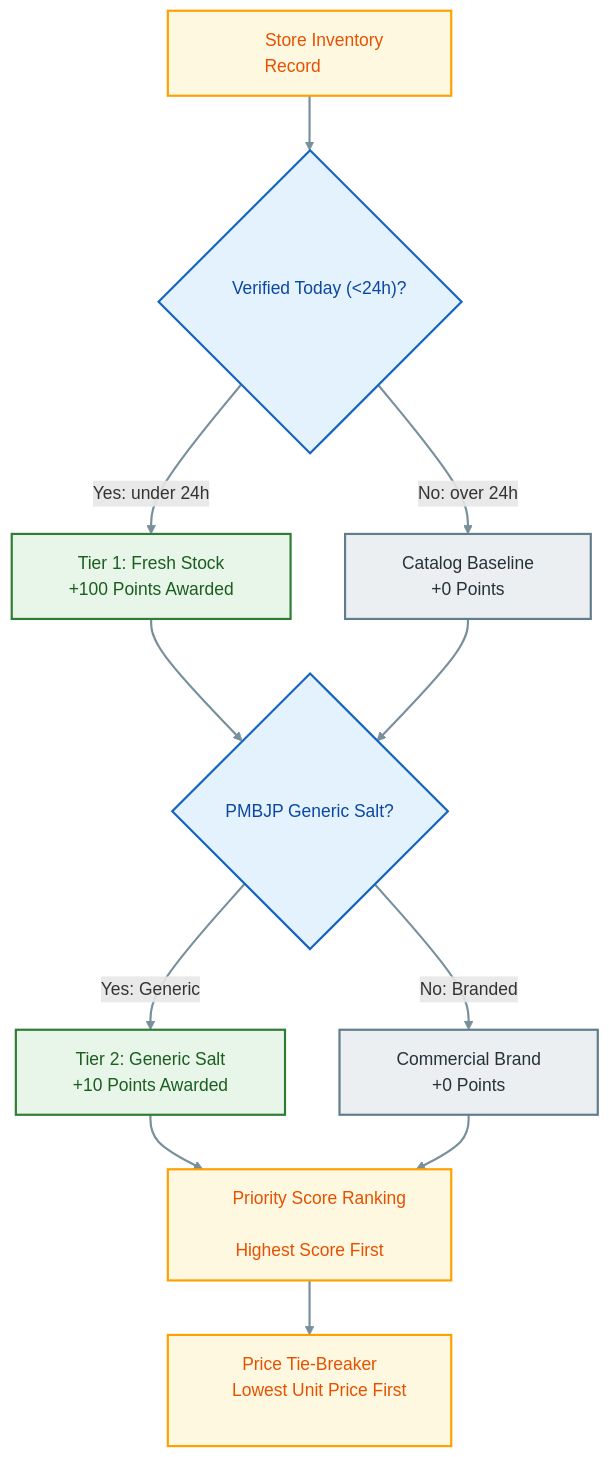
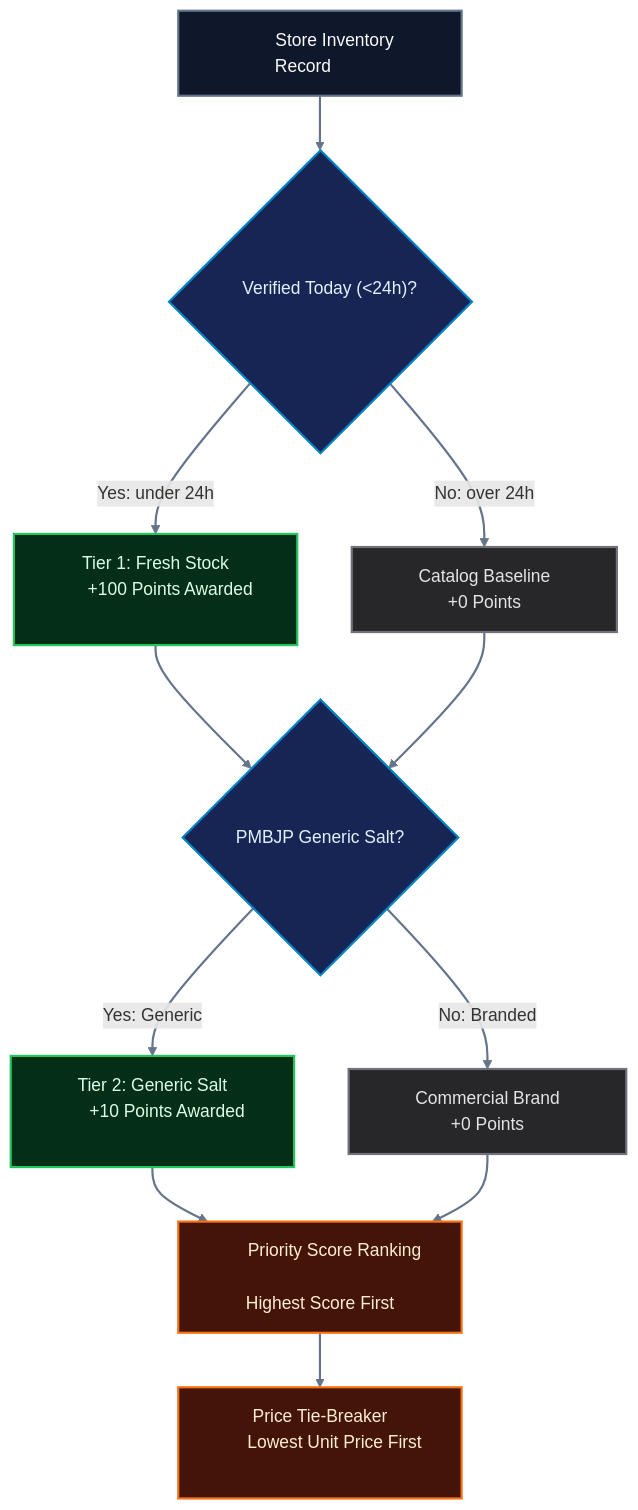
Before and after one commit to Parth-Chavan-15/MedSetu-TechSprint: the fourth of 6 diagrams in README.md, drawn with Mermaid. The commit also changed other lines of this file, not shown here.

Commit message:
style: introduce vibrant modern palettes across all flowcharts and maximize node padding

````diff
--- a/README.md
+++ b/README.md
@@ -239,27 +239,29 @@
 ```mermaid
 flowchart TD
     START["&nbsp;&nbsp;&nbsp;&nbsp;&nbsp;&nbsp; Store Inventory Record &nbsp;&nbsp;&nbsp;&nbsp;&nbsp;&nbsp;"] --> TIER1{"&nbsp;&nbsp;&nbsp;&nbsp; Verified Today (<24h)? &nbsp;&nbsp;&nbsp;&nbsp;"}
-    TIER1 -- Yes: under 24h --> S1["&nbsp;&nbsp;&nbsp;&nbsp; Tier 1: Fresh Stock &nbsp;&nbsp;&nbsp;&nbsp;<br/>&nbsp;&nbsp;&nbsp;&nbsp; +100 Points Awarded &nbsp;&nbsp;&nbsp;&nbsp;"]
-    TIER1 -- No: over 24h --> S0["&nbsp;&nbsp;&nbsp;&nbsp; Catalog Baseline &nbsp;&nbsp;&nbsp;&nbsp;<br/>&nbsp;&nbsp;&nbsp;&nbsp; +0 Points &nbsp;&nbsp;&nbsp;&nbsp;"]
+    TIER1 -- Yes: under 24h --> S1["&nbsp;&nbsp;&nbsp;&nbsp;&nbsp;&nbsp; Tier 1: Fresh Stock &nbsp;&nbsp;&nbsp;&nbsp;&nbsp;&nbsp;<br/>&nbsp;&nbsp;&nbsp;&nbsp;&nbsp;&nbsp; +100 Points Awarded &nbsp;&nbsp;&nbsp;&nbsp;&nbsp;&nbsp;"]
+    TIER1 -- No: over 24h --> S0["&nbsp;&nbsp;&nbsp;&nbsp;&nbsp;&nbsp; Catalog Baseline &nbsp;&nbsp;&nbsp;&nbsp;&nbsp;&nbsp;<br/>&nbsp;&nbsp;&nbsp;&nbsp;&nbsp;&nbsp; +0 Points &nbsp;&nbsp;&nbsp;&nbsp;&nbsp;&nbsp;"]
 
     S1 --> TIER2{"&nbsp;&nbsp;&nbsp;&nbsp; PMBJP Generic Salt? &nbsp;&nbsp;&nbsp;&nbsp;"}
     S0 --> TIER2
-    TIER2 -- Yes: Generic --> G1["&nbsp;&nbsp;&nbsp;&nbsp; Tier 2: Generic Salt &nbsp;&nbsp;&nbsp;&nbsp;<br/>&nbsp;&nbsp;&nbsp;&nbsp; +10 Points Awarded &nbsp;&nbsp;&nbsp;&nbsp;"]
-    TIER2 -- No: Branded --> G0["&nbsp;&nbsp;&nbsp;&nbsp; Commercial Brand &nbsp;&nbsp;&nbsp;&nbsp;<br/>&nbsp;&nbsp;&nbsp;&nbsp; +0 Points &nbsp;&nbsp;&nbsp;&nbsp;"]
+    TIER2 -- Yes: Generic --> G1["&nbsp;&nbsp;&nbsp;&nbsp;&nbsp;&nbsp; Tier 2: Generic Salt &nbsp;&nbsp;&nbsp;&nbsp;&nbsp;&nbsp;<br/>&nbsp;&nbsp;&nbsp;&nbsp;&nbsp;&nbsp; +10 Points Awarded &nbsp;&nbsp;&nbsp;&nbsp;&nbsp;&nbsp;"]
+    TIER2 -- No: Branded --> G0["&nbsp;&nbsp;&nbsp;&nbsp;&nbsp;&nbsp; Commercial Brand &nbsp;&nbsp;&nbsp;&nbsp;&nbsp;&nbsp;<br/>&nbsp;&nbsp;&nbsp;&nbsp;&nbsp;&nbsp; +0 Points &nbsp;&nbsp;&nbsp;&nbsp;&nbsp;&nbsp;"]
 
-    G1 --> EVAL["&nbsp;&nbsp;&nbsp;&nbsp; Priority Score Ranking &nbsp;&nbsp;&nbsp;&nbsp;<br/>&nbsp;&nbsp;&nbsp;&nbsp; Highest Score First &nbsp;&nbsp;&nbsp;&nbsp;"]
+    G1 --> EVAL["&nbsp;&nbsp;&nbsp;&nbsp;&nbsp;&nbsp; Priority Score Ranking &nbsp;&nbsp;&nbsp;&nbsp;&nbsp;&nbsp;<br/>&nbsp;&nbsp;&nbsp;&nbsp;&nbsp;&nbsp; Highest Score First &nbsp;&nbsp;&nbsp;&nbsp;&nbsp;&nbsp;"]
     G0 --> EVAL
-    EVAL --> TIE["&nbsp;&nbsp;&nbsp;&nbsp; Price Tie-Breaker &nbsp;&nbsp;&nbsp;&nbsp;<br/>&nbsp;&nbsp;&nbsp;&nbsp; Lowest Unit Price First &nbsp;&nbsp;&nbsp;&nbsp;"]
+    EVAL --> TIE["&nbsp;&nbsp;&nbsp;&nbsp;&nbsp;&nbsp; Price Tie-Breaker &nbsp;&nbsp;&nbsp;&nbsp;&nbsp;&nbsp;<br/>&nbsp;&nbsp;&nbsp;&nbsp;&nbsp;&nbsp; Lowest Unit Price First &nbsp;&nbsp;&nbsp;&nbsp;&nbsp;&nbsp;"]
 
-    classDef eval fill:#E3F2FD,stroke:#1565C0,color:#0D47A1,stroke-width:2px;
-    classDef bonus fill:#E8F5E9,stroke:#2E7D32,color:#1B5E20,stroke-width:2px;
-    classDef neutral fill:#ECEFF1,stroke:#607D8B,color:#263238,stroke-width:2px;
-    classDef sort fill:#FFF8E1,stroke:#FFA000,color:#E65100,stroke-width:2px;
+    classDef startNode fill:#0F172A,stroke:#64748B,color:#F8FAFC,stroke-width:2px;
+    classDef eval fill:#172554,stroke:#0284C7,color:#E0F2FE,stroke-width:2px;
+    classDef bonus fill:#052E16,stroke:#22C55E,color:#DCFCE7,stroke-width:2px;
+    classDef neutral fill:#27272A,stroke:#71717A,color:#E4E4E7,stroke-width:2px;
+    classDef rankNode fill:#431407,stroke:#F97316,color:#FFEDD5,stroke-width:2px;
 
+    class START startNode;
     class TIER1,TIER2 eval;
     class S1,G1 bonus;
     class S0,G0 neutral;
-    class START,EVAL,TIE sort;
+    class EVAL,TIE rankNode;
 
-    linkStyle default stroke:#78909C,stroke-width:2px;
+    linkStyle default stroke:#64748B,stroke-width:2px;
 ```
````
